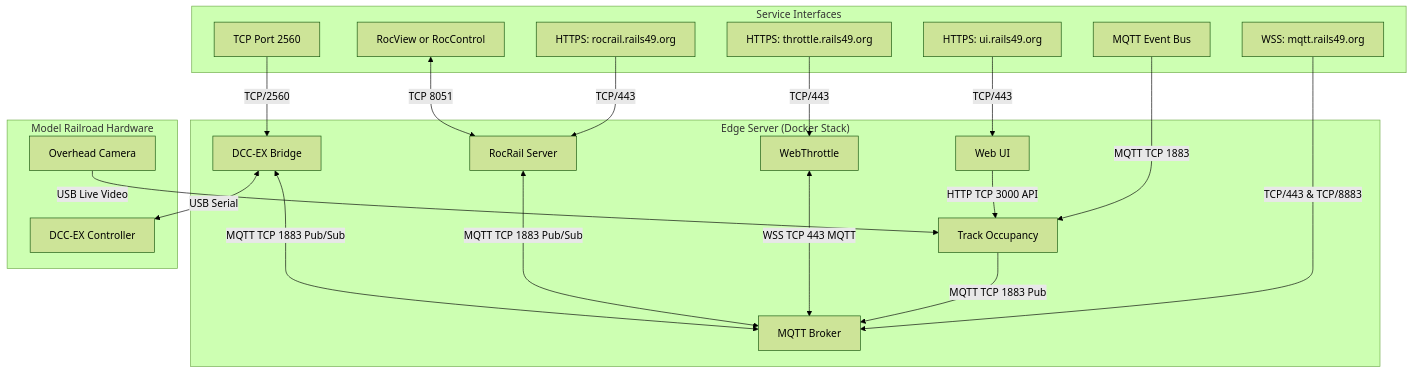
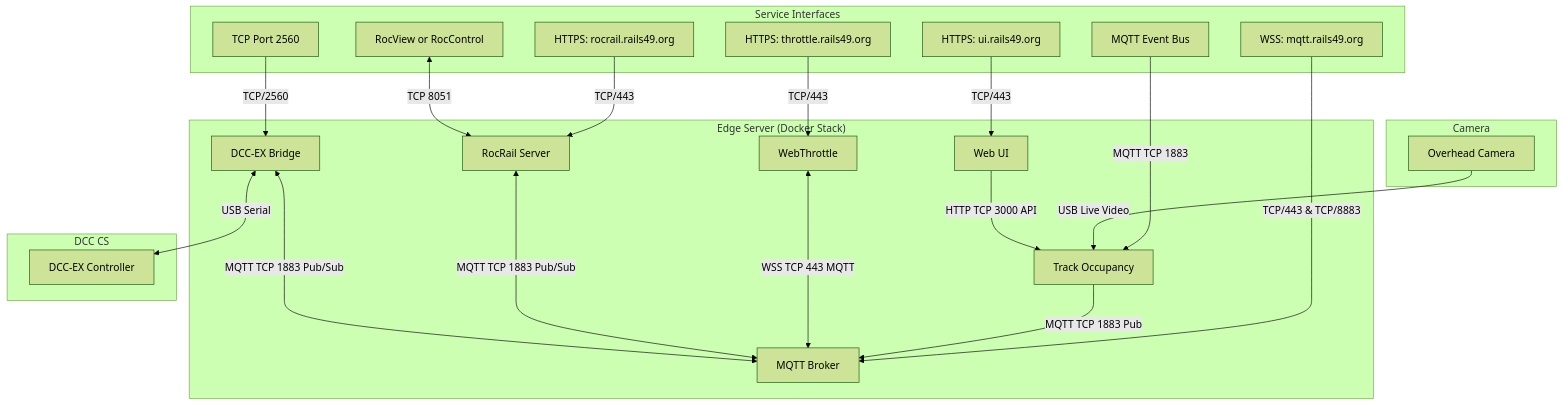
One commit to iot49/track-occupancy changed the diagram in README.md. Above: the diagram before and after it, drawn with Mermaid (forest theme).

Commit message:
improved diagram

````diff
--- a/README.md
+++ b/README.md
@@ -45,47 +45,51 @@
 ```mermaid
 flowchart TD
     %% Service Interfaces above
     subgraph Interfaces ["Service Interfaces"]
         UI_IF["HTTPS: ui.rails49.org"]
         THROTTLE_IF["HTTPS: throttle.rails49.org"]
         ROCRAIL_IF["HTTPS: rocrail.rails49.org"]
         MQTT_IF["WSS: mqtt.rails49.org"]
         OCC_IF["MQTT Event Bus"]
         BRIDGE_IF["TCP Port 2560"]
         ROCVIEW["RocView or RocControl"]
     end
 
     %% Services nested inside the Edge Server
     subgraph Server ["Edge Server (Docker Stack)"]
         UI["Web UI"]
         THROTTLE["WebThrottle"]
         ROCRAIL["RocRail Server"]
         MQTT["MQTT Broker"]
         OCCUPANCY["Track Occupancy"]
         BRIDGE["DCC-EX Bridge"]
     end
 
     %% Model Railroad Hardware
-    subgraph Hardware ["Model Railroad Hardware"]
+    subgraph USBCamera ["Camera"]
         CAM["Overhead Camera"]
+    end
+
+    %% Model Railroad Hardware
+    subgraph DCCCommandStation ["DCC CS"]
         DCC["DCC-EX Controller"]
     end
 
     %% Interface mapping to Services
     UI_IF -->|TCP/443| UI
     THROTTLE_IF -->|TCP/443| THROTTLE
     ROCRAIL_IF -->|TCP/443| ROCRAIL
     MQTT_IF -->|TCP/443 & TCP/8883| MQTT
     OCC_IF -->|MQTT TCP 1883| OCCUPANCY
     BRIDGE_IF -->|TCP/2560| BRIDGE
 
     %% Core interactions & Hardware mapping
     CAM -->|USB Live Video| OCCUPANCY
     OCCUPANCY -->|MQTT TCP 1883 Pub| MQTT
     UI -->|HTTP TCP 3000 API| OCCUPANCY
     THROTTLE <-->|WSS TCP 443 MQTT| MQTT
     ROCRAIL <-->|MQTT TCP 1883 Pub/Sub| MQTT
     BRIDGE <-->|MQTT TCP 1883 Pub/Sub| MQTT
     BRIDGE <-->|USB Serial| DCC
     ROCVIEW <-->|TCP 8051| ROCRAIL
 ```
````
